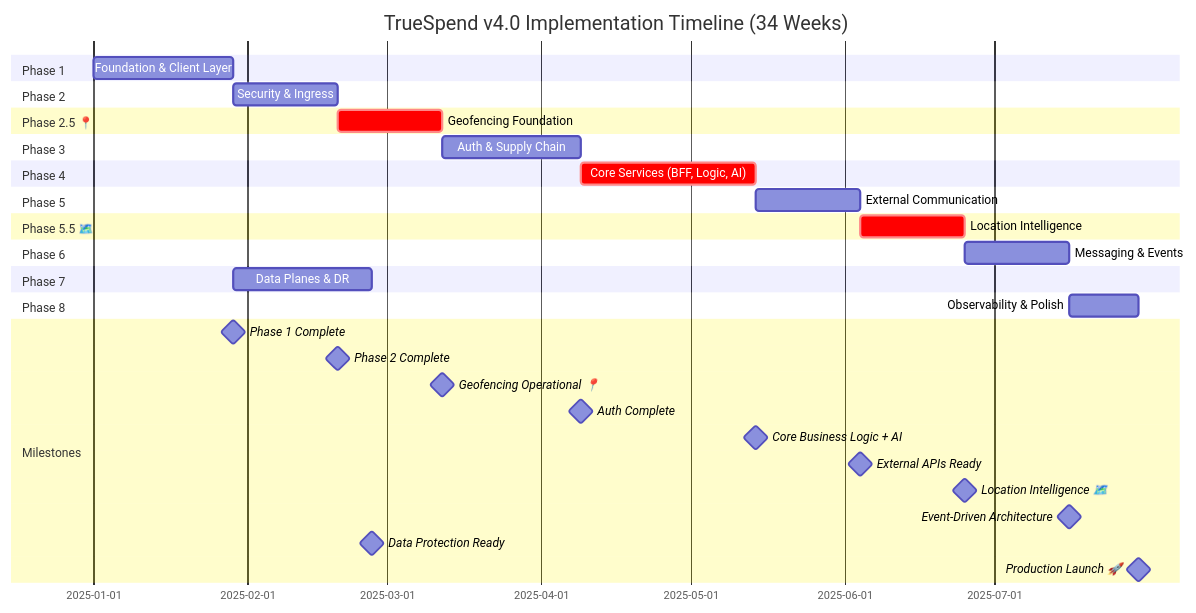
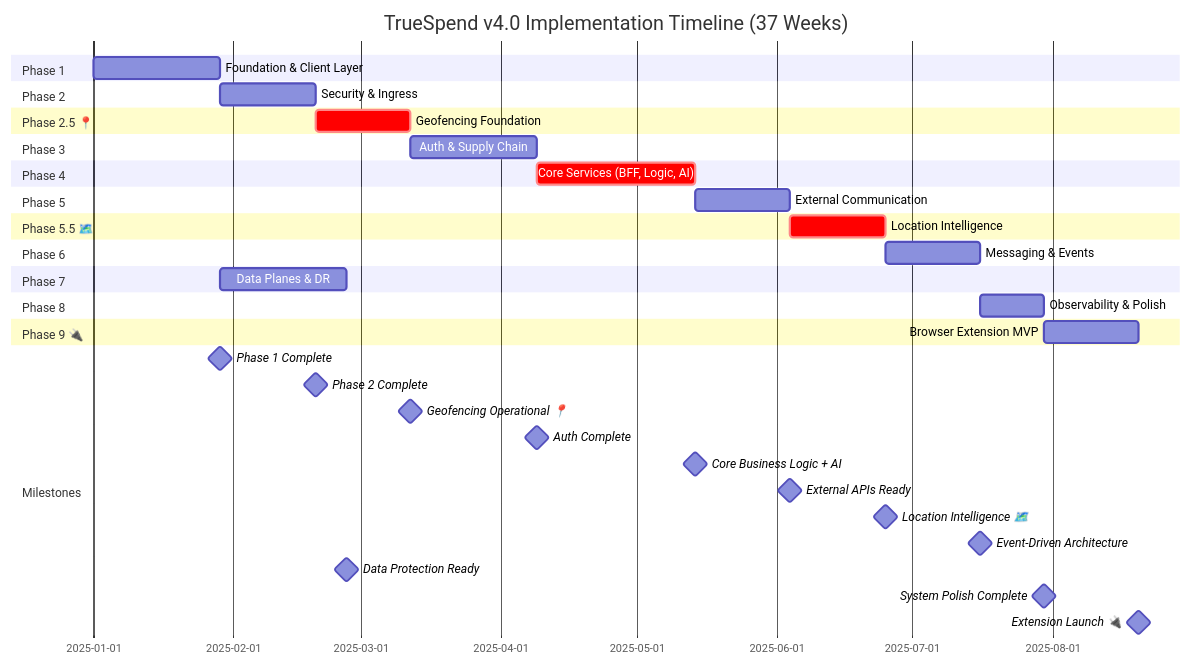
Before and after one commit to dev-Truespend/true-spend-spark: the diagram in docs/architecture/implementation-timeline-v4.0.md, drawn with Mermaid. The commit also changed other lines of this file and 3 other files, not shown here.

First line of the commit message:
Update blueprint and timeline with browser extension

````diff
--- a/docs/architecture/implementation-timeline-v4.0.md
+++ b/docs/architecture/implementation-timeline-v4.0.md
@@ -40,47 +42,51 @@
 ```mermaid
 gantt
-    title TrueSpend v4.0 Implementation Timeline (34 Weeks)
+    title TrueSpend v4.0 Implementation Timeline (37 Weeks)
     dateFormat YYYY-MM-DD
     
     section Phase 1
     Foundation & Client Layer           :p1, 2025-01-01, 28d
     
     section Phase 2
     Security & Ingress                  :p2, after p1, 21d
     
     section Phase 2.5 📍
     Geofencing Foundation               :crit, p2_5, after p2, 21d
     
     section Phase 3
     Auth & Supply Chain                 :p3, after p2_5, 28d
     
     section Phase 4
     Core Services (BFF, Logic, AI)      :crit, p4, after p3, 35d
     
     section Phase 5
     External Communication              :p5, after p4, 21d
     
     section Phase 5.5 🗺️
     Location Intelligence               :crit, p5_5, after p5, 21d
     
     section Phase 6
     Messaging & Events                  :p6, after p5_5, 21d
     
     section Phase 7
     Data Planes & DR                    :p7, after p1, 28d
     
     section Phase 8
     Observability & Polish              :p8, after p6, 14d
     
+    section Phase 9 🔌
+    Browser Extension MVP               :p9, after p8, 21d
+    
     section Milestones
     Phase 1 Complete                    :milestone, m1, after p1, 0d
     Phase 2 Complete                    :milestone, m2, after p2, 0d
     Geofencing Operational 📍           :milestone, m2_5, after p2_5, 0d
     Auth Complete                       :milestone, m3, after p3, 0d
     Core Business Logic + AI            :milestone, m4, after p4, 0d
     External APIs Ready                 :milestone, m5, after p5, 0d
     Location Intelligence 🗺️            :milestone, m5_5, after p5_5, 0d
     Event-Driven Architecture           :milestone, m6, after p6, 0d
     Data Protection Ready               :milestone, m7, after p7, 0d
-    Production Launch 🚀                :milestone, m8, after p8, 0d
+    System Polish Complete              :milestone, m8, after p8, 0d
+    Extension Launch 🔌                 :milestone, m9, after p9, 0d
 ```
````
